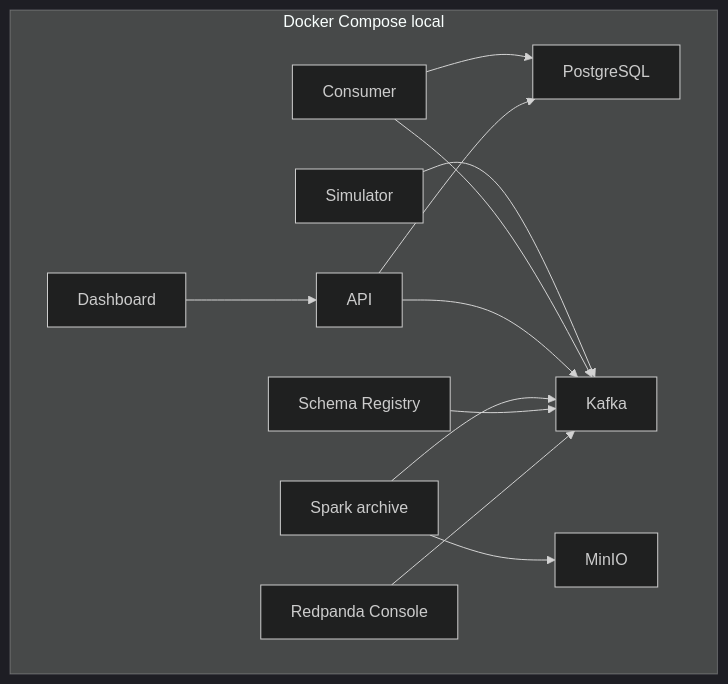
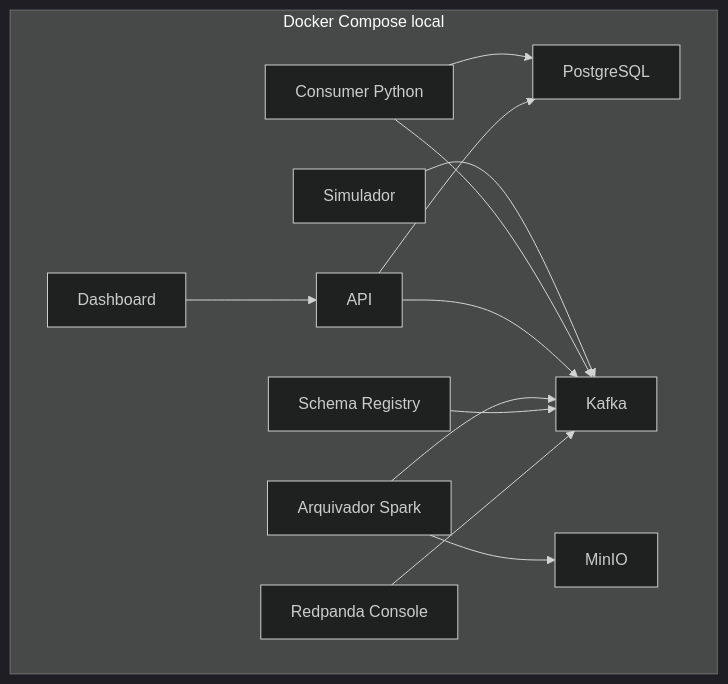
Before and after one commit to faelk8/lab_race_stream: the diagram in docs/deployment.md, drawn with Mermaid (dark theme). The commit also changed other lines of this file and 32 other files, not shown here.

````diff
--- a/docs/deployment.md
+++ b/docs/deployment.md
@@ -9,25 +9,25 @@
 ```mermaid
 flowchart TB
     subgraph Compose[Docker Compose local]
         PG[PostgreSQL]
         K[Kafka]
         SR[Schema Registry]
         RP[Redpanda Console]
         M[MinIO]
-        SIM[Simulator]
-        CON[Consumer]
+        SIM[Simulador]
+        CON[Consumer Python]
         API[API]
         UI[Dashboard]
-        SP[Spark archive]
+        SP[Arquivador Spark]
     end
     SIM --> K
     CON --> K
     CON --> PG
     API --> PG
     API --> K
     UI --> API
     SP --> K
     SP --> M
     SR --> K
     RP --> K
 ```
````
